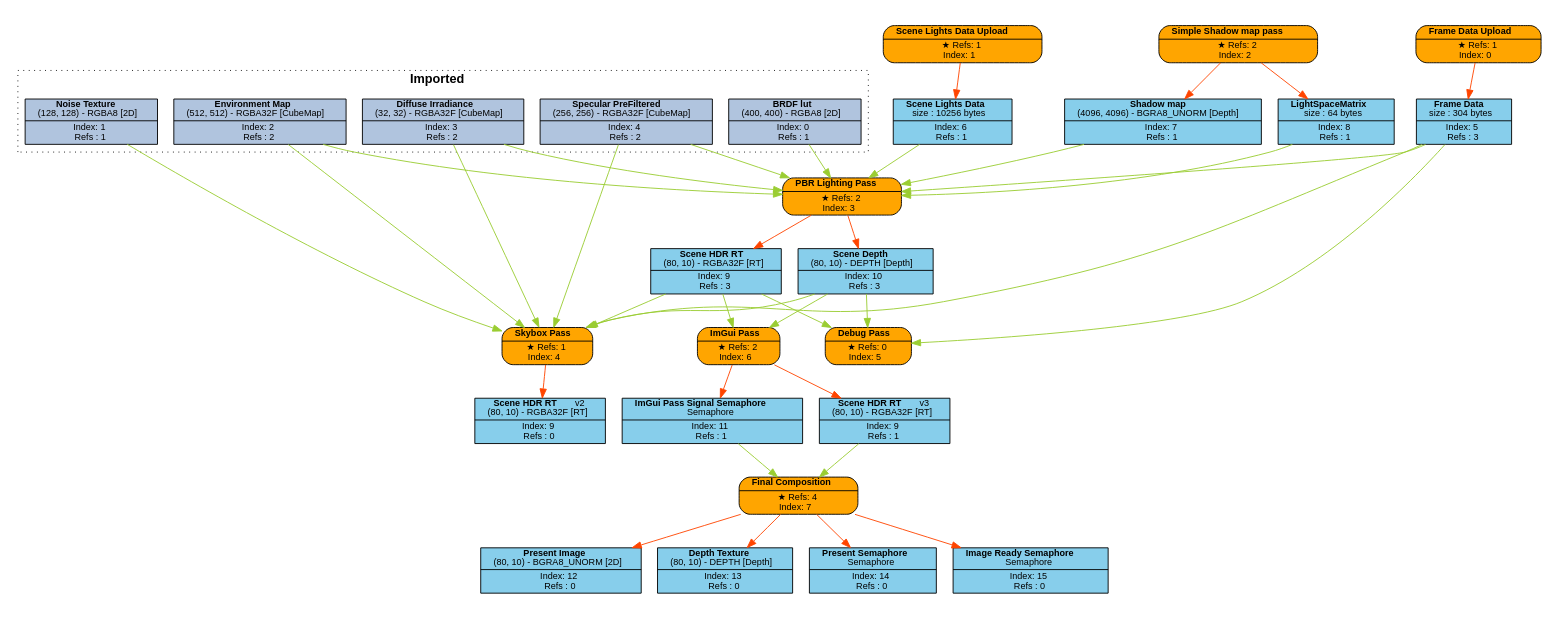
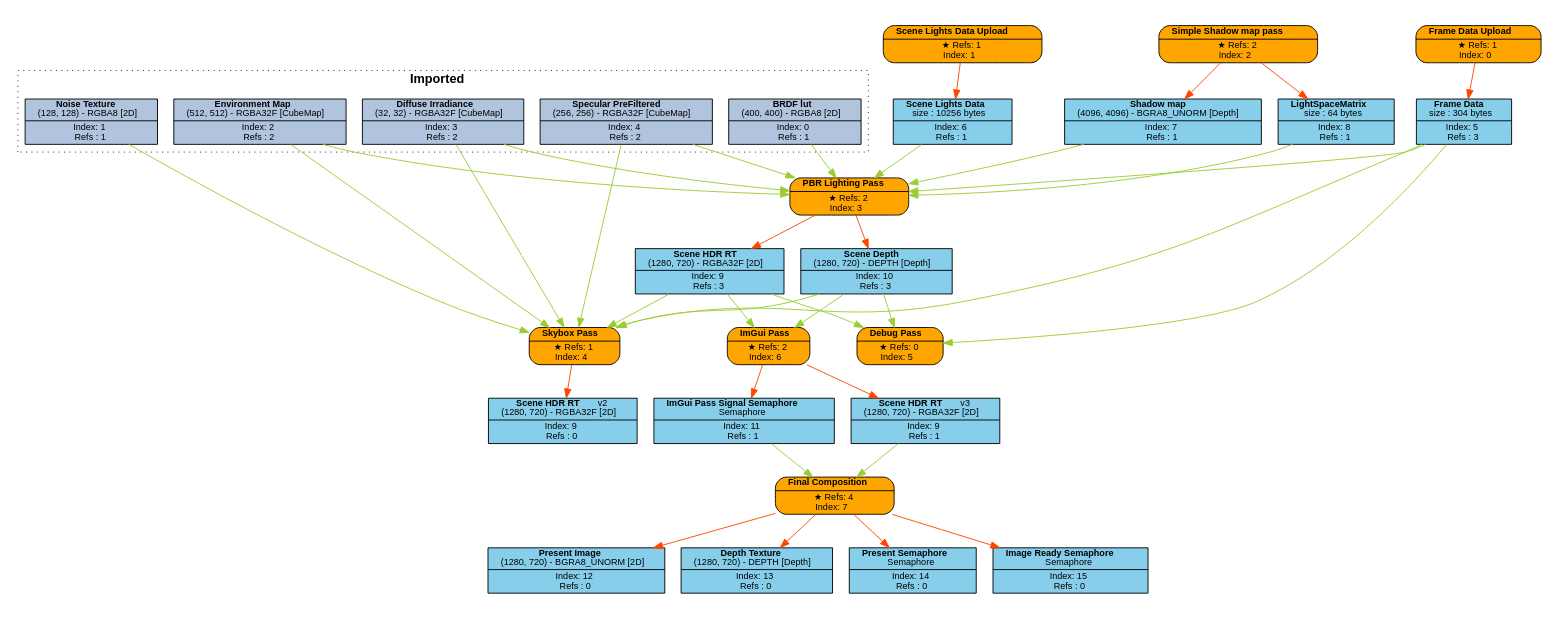
The diagram in Engine/content/FrameGraphs/pbr_lighting_test.dot (Pikachuxxxx/Razix), drawn with Graphviz before and after one commit. The commit also changed 7 other files, not shown here.

```diff
--- a/Engine/content/FrameGraphs/pbr_lighting_test.dot
+++ b/Engine/content/FrameGraphs/pbr_lighting_test.dot
@@ -1,91 +1,91 @@
 digraph FrameGraph {
 graph [style=invis, rankdir="TB" ordering=out, splines=spline]
 node [shape=record, fontname="helvetica", fontsize=10, margin="0.2,0.03"]
 
 P0 [label=<{ {<B>Frame Data Upload</B>} | {&#x2605; Refs: 1<BR/> Index: 0} }> style="rounded,filled", fillcolor=orange]
 P1 [label=<{ {<B>Scene Lights Data Upload</B>} | {&#x2605; Refs: 1<BR/> Index: 1} }> style="rounded,filled", fillcolor=orange]
 P2 [label=<{ {<B>Simple Shadow map pass</B>} | {&#x2605; Refs: 2<BR/> Index: 2} }> style="rounded,filled", fillcolor=orange]
 P3 [label=<{ {<B>PBR Lighting Pass</B>} | {&#x2605; Refs: 2<BR/> Index: 3} }> style="rounded,filled", fillcolor=orange]
 P4 [label=<{ {<B>Skybox Pass</B>} | {&#x2605; Refs: 1<BR/> Index: 4} }> style="rounded,filled", fillcolor=orange]
 P5 [label=<{ {<B>Debug Pass</B>} | {&#x2605; Refs: 0<BR/> Index: 5} }> style="rounded,filled", fillcolor=orange]
 P6 [label=<{ {<B>ImGui Pass</B>} | {&#x2605; Refs: 2<BR/> Index: 6} }> style="rounded,filled", fillcolor=orange]
 P7 [label=<{ {<B>Final Composition</B>} | {&#x2605; Refs: 4<BR/> Index: 7} }> style="rounded,filled", fillcolor=orange]
 
 R0_1 [label=<{ {<B>BRDF lut</B><BR/>(400, 400) - RGBA8 [2D]} | {Index: 0<BR/>Refs : 1} }> style=filled, fillcolor=lightsteelblue]
 R1_1 [label=<{ {<B>Noise Texture</B><BR/>(128, 128) - RGBA8 [2D]} | {Index: 1<BR/>Refs : 1} }> style=filled, fillcolor=lightsteelblue]
 R2_1 [label=<{ {<B>Environment Map</B><BR/>(512, 512) - RGBA32F [CubeMap]} | {Index: 2<BR/>Refs : 2} }> style=filled, fillcolor=lightsteelblue]
 R3_1 [label=<{ {<B>Diffuse Irradiance</B><BR/>(32, 32) - RGBA32F [CubeMap]} | {Index: 3<BR/>Refs : 2} }> style=filled, fillcolor=lightsteelblue]
 R4_1 [label=<{ {<B>Specular PreFiltered</B><BR/>(256, 256) - RGBA32F [CubeMap]} | {Index: 4<BR/>Refs : 2} }> style=filled, fillcolor=lightsteelblue]
 R5_1 [label=<{ {<B>Frame Data</B><BR/>size : 304 bytes} | {Index: 5<BR/>Refs : 3} }> style=filled, fillcolor=skyblue]
 R6_1 [label=<{ {<B>Scene Lights Data</B><BR/>size : 10256 bytes} | {Index: 6<BR/>Refs : 1} }> style=filled, fillcolor=skyblue]
 R7_1 [label=<{ {<B>Shadow map</B><BR/>(4096, 4096) - BGRA8_UNORM [Depth]} | {Index: 7<BR/>Refs : 1} }> style=filled, fillcolor=skyblue]
 R8_1 [label=<{ {<B>LightSpaceMatrix</B><BR/>size : 64 bytes} | {Index: 8<BR/>Refs : 1} }> style=filled, fillcolor=skyblue]
-R9_1 [label=<{ {<B>Scene HDR RT</B><BR/>(80, 10) - RGBA32F [RT]} | {Index: 9<BR/>Refs : 3} }> style=filled, fillcolor=skyblue]
-R10_1 [label=<{ {<B>Scene Depth</B><BR/>(80, 10) - DEPTH [Depth]} | {Index: 10<BR/>Refs : 3} }> style=filled, fillcolor=skyblue]
-R9_2 [label=<{ {<B>Scene HDR RT</B>   <FONT>v2</FONT><BR/>(80, 10) - RGBA32F [RT]} | {Index: 9<BR/>Refs : 0} }> style=filled, fillcolor=skyblue]
+R9_1 [label=<{ {<B>Scene HDR RT</B><BR/>(1280, 720) - RGBA32F [2D]} | {Index: 9<BR/>Refs : 3} }> style=filled, fillcolor=skyblue]
+R10_1 [label=<{ {<B>Scene Depth</B><BR/>(1280, 720) - DEPTH [Depth]} | {Index: 10<BR/>Refs : 3} }> style=filled, fillcolor=skyblue]
+R9_2 [label=<{ {<B>Scene HDR RT</B>   <FONT>v2</FONT><BR/>(1280, 720) - RGBA32F [2D]} | {Index: 9<BR/>Refs : 0} }> style=filled, fillcolor=skyblue]
 R11_1 [label=<{ {<B>ImGui Pass Signal Semaphore</B><BR/>Semaphore} | {Index: 11<BR/>Refs : 1} }> style=filled, fillcolor=skyblue]
-R9_3 [label=<{ {<B>Scene HDR RT</B>   <FONT>v3</FONT><BR/>(80, 10) - RGBA32F [RT]} | {Index: 9<BR/>Refs : 1} }> style=filled, fillcolor=skyblue]
-R12_1 [label=<{ {<B>Present Image</B><BR/>(80, 10) - BGRA8_UNORM [2D]} | {Index: 12<BR/>Refs : 0} }> style=filled, fillcolor=skyblue]
-R13_1 [label=<{ {<B>Depth Texture</B><BR/>(80, 10) - DEPTH [Depth]} | {Index: 13<BR/>Refs : 0} }> style=filled, fillcolor=skyblue]
+R9_3 [label=<{ {<B>Scene HDR RT</B>   <FONT>v3</FONT><BR/>(1280, 720) - RGBA32F [2D]} | {Index: 9<BR/>Refs : 1} }> style=filled, fillcolor=skyblue]
+R12_1 [label=<{ {<B>Present Image</B><BR/>(1280, 720) - BGRA8_UNORM [2D]} | {Index: 12<BR/>Refs : 0} }> style=filled, fillcolor=skyblue]
+R13_1 [label=<{ {<B>Depth Texture</B><BR/>(1280, 720) - DEPTH [Depth]} | {Index: 13<BR/>Refs : 0} }> style=filled, fillcolor=skyblue]
 R14_1 [label=<{ {<B>Present Semaphore</B><BR/>Semaphore} | {Index: 14<BR/>Refs : 0} }> style=filled, fillcolor=skyblue]
 R15_1 [label=<{ {<B>Image Ready Semaphore</B><BR/>Semaphore} | {Index: 15<BR/>Refs : 0} }> style=filled, fillcolor=skyblue]
 
 P0 -> { R5_1 } [color=orangered]
 P1 -> { R6_1 } [color=orangered]
 P2 -> { R7_1 R8_1 } [color=orangered]
 P3 -> { R9_1 R10_1 } [color=orangered]
 P4 -> { R9_2 } [color=orangered]
 P5 -> { } [color=orangered]
 P6 -> { R9_3 R11_1 } [color=orangered]
 P7 -> { R12_1 R13_1 R14_1 R15_1 } [color=orangered]
 
 R0_1 -> { P3 } [color=olivedrab3]
 R1_1 -> { P4 } [color=olivedrab3]
 R2_1 -> { P3 P4 } [color=olivedrab3]
 R3_1 -> { P3 P4 } [color=olivedrab3]
 R4_1 -> { P3 P4 } [color=olivedrab3]
 R5_1 -> { P3 P4 P5 } [color=olivedrab3]
 R6_1 -> { P3 } [color=olivedrab3]
 R7_1 -> { P3 } [color=olivedrab3]
 R8_1 -> { P3 } [color=olivedrab3]
 R9_1 -> { P4 P5 P6 } [color=olivedrab3]
 R10_1 -> { P4 P5 P6 } [color=olivedrab3]
 R9_2 -> { } [color=olivedrab3]
 R11_1 -> { P7 } [color=olivedrab3]
 R9_3 -> { P7 } [color=olivedrab3]
 R12_1 -> { } [color=olivedrab3]
 R13_1 -> { } [color=olivedrab3]
 R14_1 -> { } [color=olivedrab3]
 R15_1 -> { } [color=olivedrab3]
 
 subgraph cluster_0 {
 P0 R5_1 
 }
 subgraph cluster_1 {
 P1 R6_1 
 }
 subgraph cluster_2 {
 P2 R7_1 R8_1 
 }
 subgraph cluster_3 {
 P3 R9_1 R10_1 
 }
 subgraph cluster_4 {
 P4 
 }
 subgraph cluster_5 {
 P5 
 }
 subgraph cluster_6 {
 P6 R11_1 
 }
 subgraph cluster_7 {
 P7 R12_1 R13_1 R14_1 R15_1 
 }
 
 subgraph cluster_imported_resources {
 graph [style=dotted, fontname="helvetica", label=< <B>Imported</B> >]
 R0_1 R1_1 R2_1 R3_1 R4_1 
 }
 
 }
```
